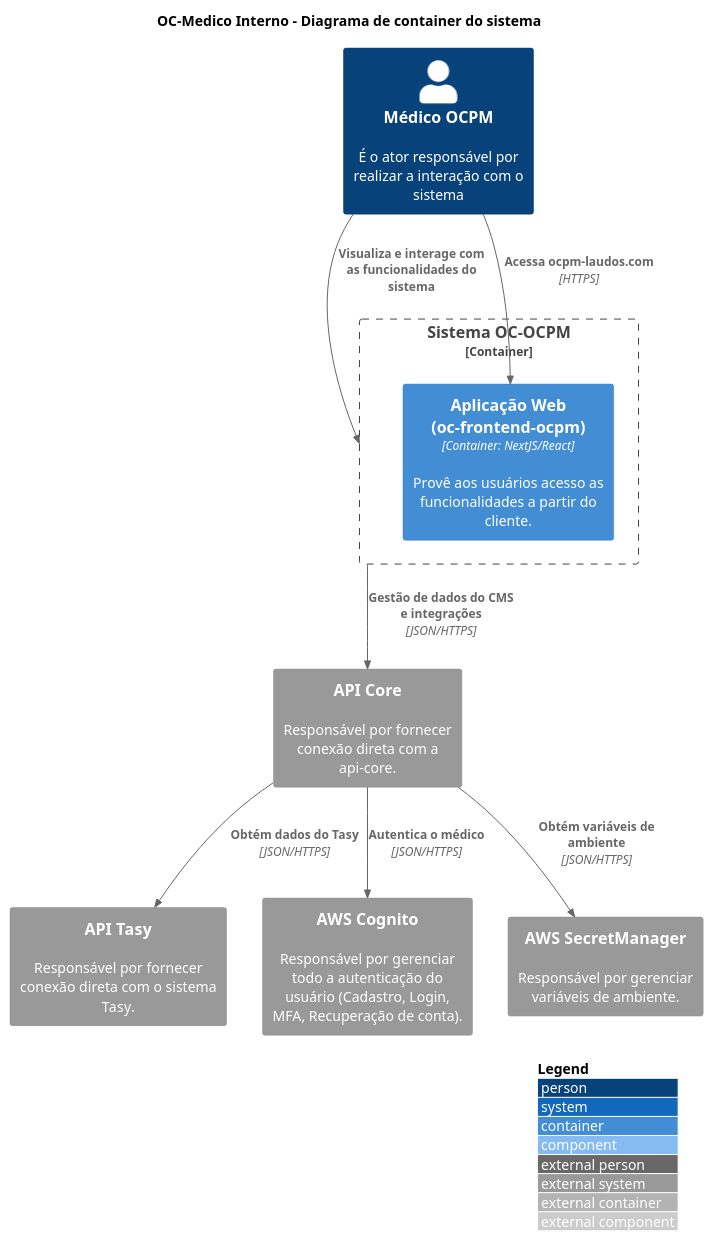
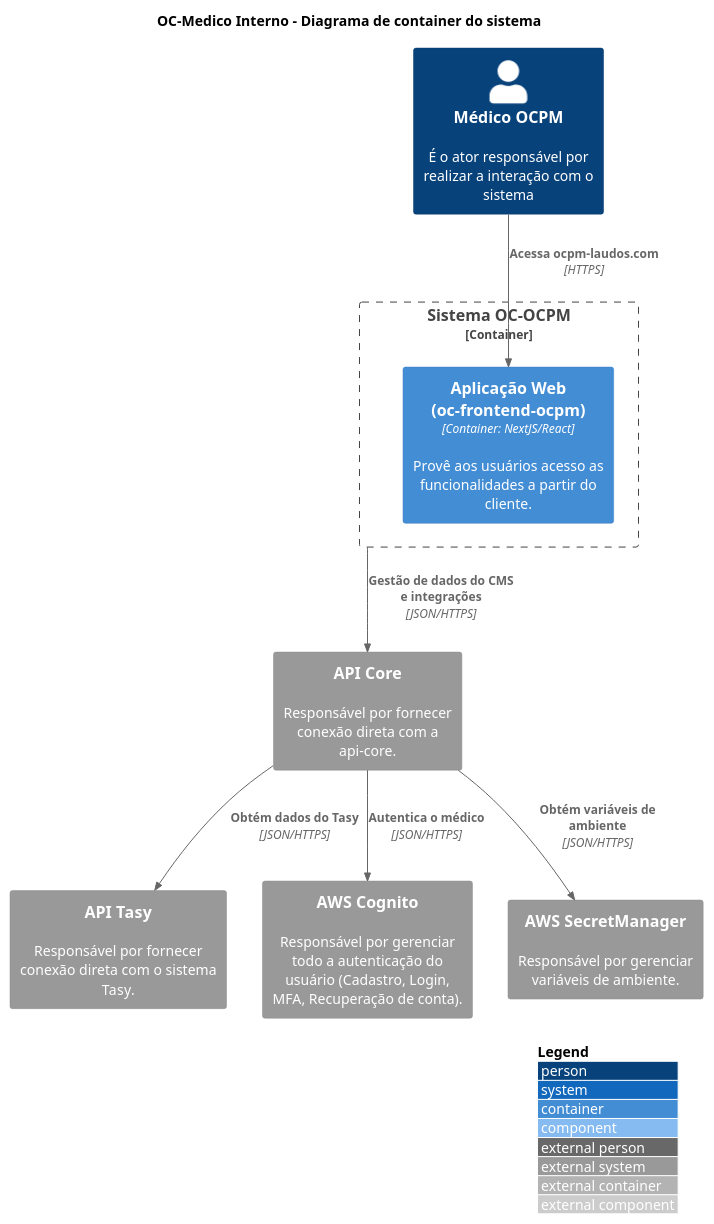
One commit to luizggbasedigital/poc-oc-docs changed the diagram in src/OC-OCPM/C1. Visão Geral/C2. Sistema/containers.puml. Above: the diagram before and after it, drawn with PlantUML. The commit also changed 4 other files, not shown here.

Commit message:
docs: add companion and assistant in external physician and patient diagrams

```diff
--- a/src/OC-OCPM/C1. Visão Geral/C2. Sistema/containers.puml
+++ b/src/OC-OCPM/C1. Visão Geral/C2. Sistema/containers.puml
@@ -1,40 +1,37 @@
 @startuml "Container Diagram"
 
 title "OC-Medico Interno - Diagrama de container do sistema"
 
 !include https://raw.githubusercontent.com/adrianvlupu/C4-PlantUML/latest/C4_Component.puml
 
 LAYOUT_WITH_LEGEND()
 
 skinparam backgroundcolor transparent
 
 /'Actors'/
 Person(ActorOCPMPhysician, "Médico OCPM", "É o ator responsável por realizar a interação com o sistema")
 
 /'Internal Systems'/
 Container_Boundary(SystemOCOCPM, "Sistema OC-OCPM") {
   Container(ContainerWebApp, "Aplicação Web (oc-frontend-ocpm)", "Container: NextJS/React", "Provê aos usuários acesso as funcionalidades a partir do cliente.")
 
   Rel(ActorOCPMPhysician, ContainerWebApp, "Acessa ocpm-laudos.com", "HTTPS")
 }
 
 /'External Systems'/
 System_Ext(SystemTasyApi, "API Tasy", "Responsável por fornecer conexão direta com o sistema Tasy.")
 
 /'API-Core Systems'/
 System_Ext(SystemApiCore, "API Core", "Responsável por fornecer conexão direta com a api-core.")
 
 /'AWS Systems'/
 System_Ext(SystemAWSCognito, "AWS Cognito", "Responsável por gerenciar todo a autenticação do usuário (Cadastro, Login, MFA, Recuperação de conta).")
 System_Ext(SystemAWSSecretManager, "AWS SecretManager", "Responsável por gerenciar variáveis de ambiente.")
 
-/'Relations'/
-Rel(ActorOCPMPhysician, SystemOCOCPM, "Visualiza e interage com as funcionalidades do sistema")
-
 /'API-Core Integrations'/
 Rel(SystemOCOCPM, SystemApiCore, "Gestão de dados do CMS e integrações", "JSON/HTTPS")
 Rel(SystemApiCore, SystemTasyApi, "Obtém dados do Tasy", "JSON/HTTPS")
 Rel(SystemApiCore, SystemAWSCognito, "Autentica o médico", "JSON/HTTPS")
 Rel(SystemApiCore, SystemAWSSecretManager, "Obtém variáveis de ambiente", "JSON/HTTPS")
 
 @enduml
```
